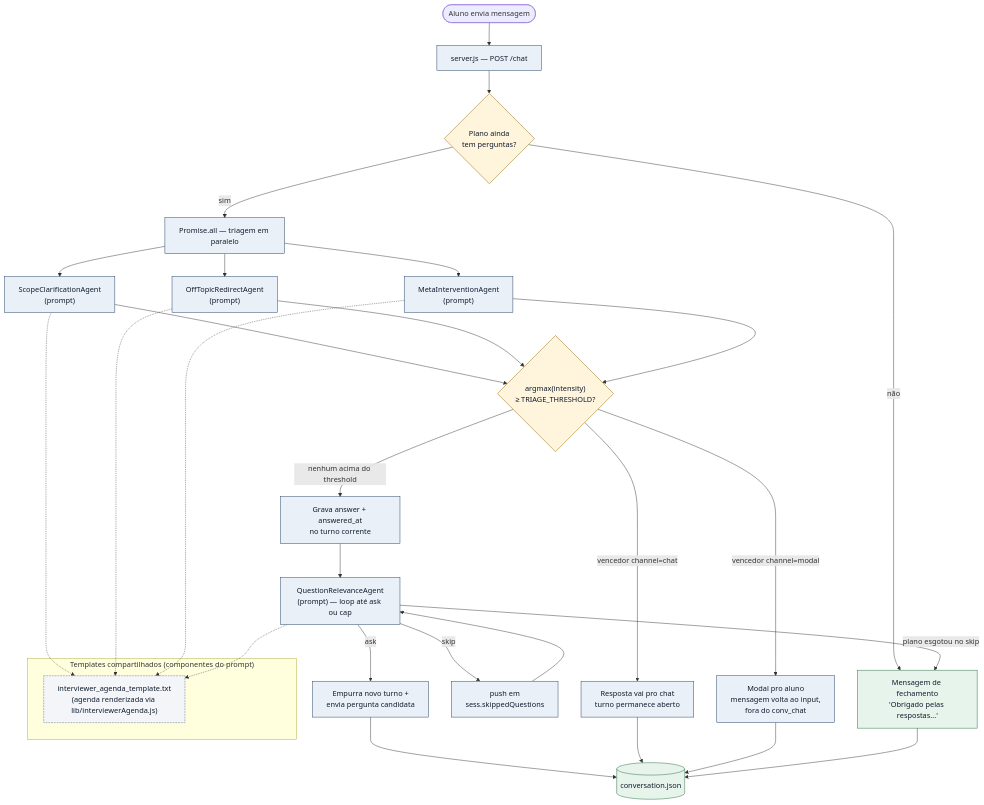
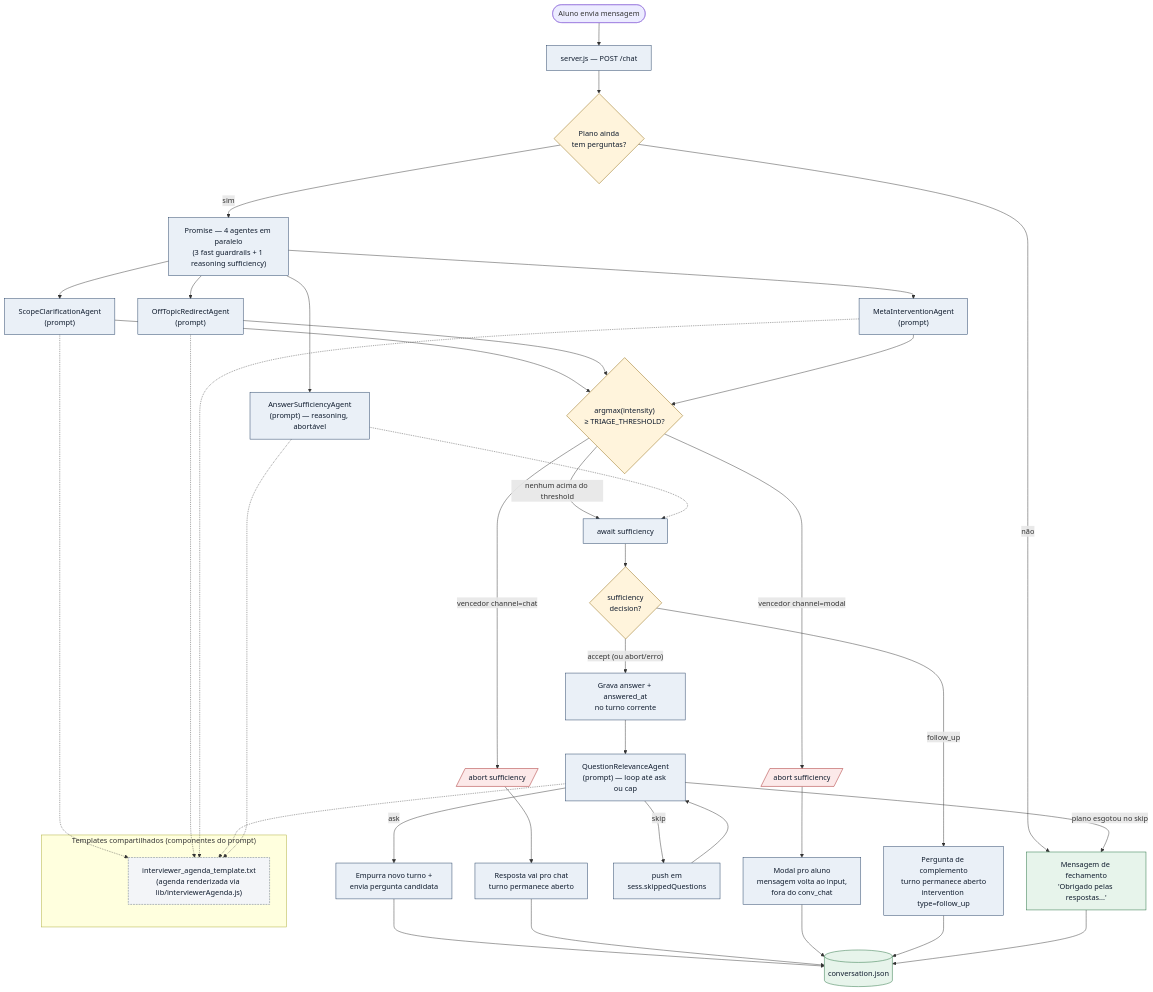
The diagram in docs/architecture.md (gladsjr/super-ta), drawn with Mermaid before and after one commit. The commit also changed other lines of this file and 3 other files, not shown here.

````diff
--- a/docs/architecture.md
+++ b/docs/architecture.md
@@ -12,62 +12,81 @@
 ```mermaid
 flowchart TD
   Start([Aluno envia mensagem]) --> ChatHandler["server.js — POST /chat"]
   ChatHandler --> CheckPlan{"Plano ainda<br/>tem perguntas?"}
   CheckPlan -- "não" --> Wrap["Mensagem de fechamento<br/>'Obrigado pelas respostas...'"]
-  CheckPlan -- "sim" --> TriageStart["Promise.all — triagem em paralelo"]
+  CheckPlan -- "sim" --> Parallel["Promise — 4 agentes em paralelo<br/>(3 fast guardrails + 1 reasoning sufficiency)"]
 
-  TriageStart --> Scope["ScopeClarificationAgent<br/>(prompt)"]
-  TriageStart --> OffTopic["OffTopicRedirectAgent<br/>(prompt)"]
-  TriageStart --> Meta["MetaInterventionAgent<br/>(prompt)"]
+  Parallel --> Scope["ScopeClarificationAgent<br/>(prompt)"]
+  Parallel --> OffTopic["OffTopicRedirectAgent<br/>(prompt)"]
+  Parallel --> Meta["MetaInterventionAgent<br/>(prompt)"]
+  Parallel --> Sufficiency["AnswerSufficiencyAgent<br/>(prompt) — reasoning, abortável"]
 
   Scope --> Pick{"argmax(intensity)<br/>≥ TRIAGE_THRESHOLD?"}
   OffTopic --> Pick
   Meta --> Pick
 
-  Pick -- "vencedor channel=chat" --> ChatChannel["Resposta vai pro chat<br/>turno permanece aberto"]
-  Pick -- "vencedor channel=modal" --> ModalChannel["Modal pro aluno<br/>mensagem volta ao input,<br/>fora do conv_chat"]
-  Pick -- "nenhum acima do threshold" --> RecordAnswer["Grava answer + answered_at<br/>no turno corrente"]
+  Pick -- "vencedor channel=chat" --> AbortSuf1[/"abort sufficiency"/]
+  Pick -- "vencedor channel=modal" --> AbortSuf2[/"abort sufficiency"/]
+  AbortSuf1 --> ChatChannel["Resposta vai pro chat<br/>turno permanece aberto"]
+  AbortSuf2 --> ModalChannel["Modal pro aluno<br/>mensagem volta ao input,<br/>fora do conv_chat"]
+
+  Pick -- "nenhum acima do threshold" --> AwaitSuf["await sufficiency"]
+  Sufficiency -.-> AwaitSuf
+  AwaitSuf --> SufDecision{"sufficiency<br/>decision?"}
+
+  SufDecision -- "follow_up" --> FollowUp["Pergunta de complemento<br/>turno permanece aberto<br/>intervention type=follow_up"]
+  SufDecision -- "accept (ou abort/erro)" --> RecordAnswer["Grava answer + answered_at<br/>no turno corrente"]
 
   RecordAnswer --> Relevance["QuestionRelevanceAgent<br/>(prompt) — loop até ask ou cap"]
   Relevance -- "skip" --> SkipLog["push em<br/>sess.skippedQuestions"]
   SkipLog --> Relevance
   Relevance -- "ask" --> NextQ["Empurra novo turno +<br/>envia pergunta candidata"]
   Relevance -- "plano esgotou no skip" --> Wrap
 
   NextQ --> Persist[("conversation.json")]
   ChatChannel --> Persist
   ModalChannel --> Persist
+  FollowUp --> Persist
   Wrap --> Persist
 
   subgraph templates ["Templates compartilhados (componentes do prompt)"]
     AgendaTpl["interviewer_agenda_template.txt<br/>(agenda renderizada via lib/interviewerAgenda.js)"]
   end
 
   Scope -.-> AgendaTpl
   OffTopic -.-> AgendaTpl
   Meta -.-> AgendaTpl
   Relevance -.-> AgendaTpl
+  Sufficiency -.-> AgendaTpl
 
   classDef link fill:#eaf0f7,stroke:#1e3a5f,color:#0f1b2d;
   classDef sink fill:#e7f4eb,stroke:#1f6c3b,color:#0f1b2d;
   classDef gate fill:#fff4dc,stroke:#8a6100,color:#0f1b2d;
   classDef tpl  fill:#f3f5f8,stroke:#5a6b80,color:#0f1b2d,stroke-dasharray: 4 2;
-  class ChatHandler,Scope,OffTopic,Meta,Relevance,RecordAnswer,NextQ,SkipLog,ChatChannel,ModalChannel,TriageStart link
+  classDef abort fill:#fce9e9,stroke:#a42020,color:#0f1b2d;
+  class ChatHandler,Scope,OffTopic,Meta,Sufficiency,Relevance,RecordAnswer,NextQ,SkipLog,ChatChannel,ModalChannel,FollowUp,Parallel,AwaitSuf link
   class Persist,Wrap sink
-  class CheckPlan,Pick gate
+  class CheckPlan,Pick,SufDecision gate
   class AgendaTpl tpl
+  class AbortSuf1,AbortSuf2 abort
 
-  click ChatHandler "vscode://file/c:/Users/glads/src/super-ta/server.js:973" "Abre o handler /chat"
-  click TriageStart "vscode://file/c:/Users/glads/src/super-ta/server.js:997" "Abre o bloco de triagem em paralelo"
+  click ChatHandler "vscode://file/c:/Users/glads/src/super-ta/server.js:975" "Abre o handler /chat"
+  click Parallel "vscode://file/c:/Users/glads/src/super-ta/server.js:1010" "Abre o bloco de lançamento dos 4 agentes em paralelo"
   click Scope "vscode://file/c:/Users/glads/src/super-ta/agents/ScopeClarificationAgent.js:23" "Abre o systemPrompt do ScopeClarificationAgent"
   click OffTopic "vscode://file/c:/Users/glads/src/super-ta/agents/OffTopicRedirectAgent.js:20" "Abre o systemPrompt do OffTopicRedirectAgent"
   click Meta "vscode://file/c:/Users/glads/src/super-ta/agents/MetaInterventionAgent.js:24" "Abre o systemPrompt do MetaInterventionAgent"
+  click Sufficiency "vscode://file/c:/Users/glads/src/super-ta/agents/AnswerSufficiencyAgent.js:33" "Abre o systemPrompt do AnswerSufficiencyAgent"
   click Pick "vscode://file/c:/Users/glads/src/super-ta/server.js:273" "Abre pickTriageWinner"
-  click RecordAnswer "vscode://file/c:/Users/glads/src/super-ta/server.js:1096" "Abre o ramo normal do /chat"
+  click AbortSuf1 "vscode://file/c:/Users/glads/src/super-ta/server.js:1057" "Abre o abort do sufficiency em winner=chat"
+  click AbortSuf2 "vscode://file/c:/Users/glads/src/super-ta/server.js:1057" "Abre o abort do sufficiency em winner=modal"
+  click AwaitSuf "vscode://file/c:/Users/glads/src/super-ta/server.js:1125" "Abre o await do sufficiency quando triagem não vence"
+  click SufDecision "vscode://file/c:/Users/glads/src/super-ta/server.js:1126" "Abre a decisão accept/follow_up"
+  click FollowUp "vscode://file/c:/Users/glads/src/super-ta/server.js:1126" "Abre o ramo de follow_up"
+  click RecordAnswer "vscode://file/c:/Users/glads/src/super-ta/server.js:1179" "Abre a gravação da answer no turno"
   click Relevance "vscode://file/c:/Users/glads/src/super-ta/agents/QuestionRelevanceAgent.js:23" "Abre o systemPrompt do QuestionRelevanceAgent"
-  click SkipLog "vscode://file/c:/Users/glads/src/super-ta/server.js:1122" "Abre o skip-loop no /chat"
+  click SkipLog "vscode://file/c:/Users/glads/src/super-ta/server.js:1196" "Abre o skip-loop no /chat"
   click NextQ "vscode://file/c:/Users/glads/src/super-ta/server.js:187" "Abre turnFromPlanQuestion"
   click Persist "vscode://file/c:/Users/glads/src/super-ta/lib/conversationLog.js" "Abre conversationLog.js"
-  click Wrap "vscode://file/c:/Users/glads/src/super-ta/server.js:1170" "Abre a string da mensagem de fechamento"
+  click Wrap "vscode://file/c:/Users/glads/src/super-ta/server.js:1244" "Abre a string da mensagem de fechamento"
   click AgendaTpl "vscode://file/c:/Users/glads/src/super-ta/config/interviewer_agenda_template.txt" "Abre o template da agenda do entrevistador"
 ```
````
